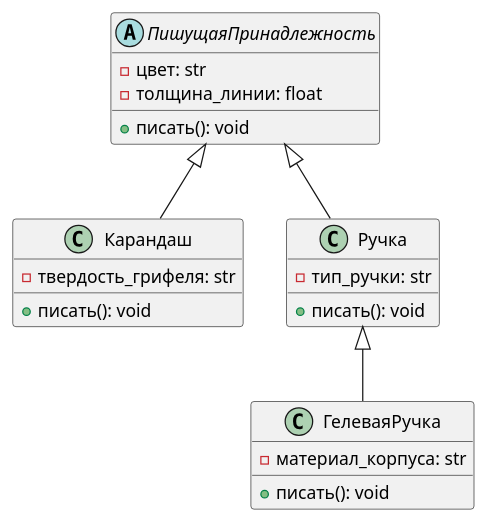
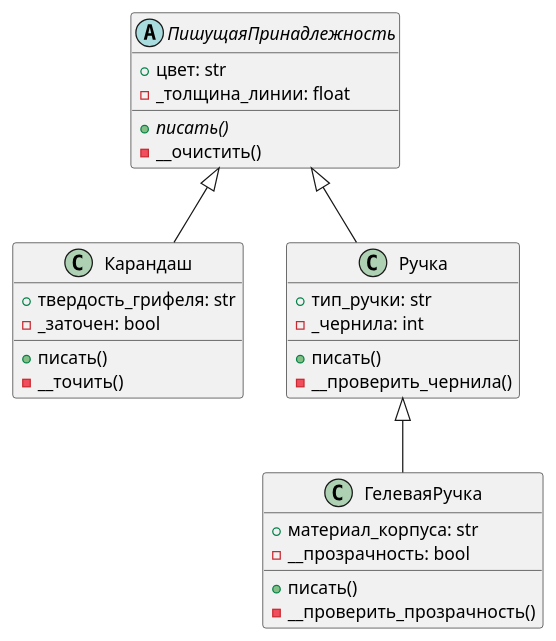
One commit to Pharrower/pizh2311_Aldabaeva changed the diagram in week_5/task_2/UML/uml.wsd. Above: the diagram before and after it, drawn with PlantUML. The commit also changed 4 other files, not shown here.

```diff
--- a/week_5/task_2/UML/uml.wsd
+++ b/week_5/task_2/UML/uml.wsd
@@ -1,32 +1,33 @@
 @startuml
-' Определение абстрактного класса
 abstract class ПишущаяПринадлежность {
-    - цвет: str
-    - толщина_линии: float
-    + писать(): void
+    +цвет: str
+    -_толщина_линии: float
+    +{abstract} писать()
+    -__очистить()
 }
 
-' Класс Карандаш наследует от ПишущаяПринадлежность
 class Карандаш {
-    - твердость_грифеля: str
-    + писать(): void
+    +твердость_грифеля: str
+    -_заточен: bool
+    +писать()
+    -__точить()
 }
 
-' Класс Ручка наследует от ПишущаяПринадлежность
 class Ручка {
-    - тип_ручки: str
-    + писать(): void
+    +тип_ручки: str
+    -_чернила: int
+    +писать()
+    -__проверить_чернила()
 }
 
-' Класс ГелеваяРучка наследует от Ручка
 class ГелеваяРучка {
-    - материал_корпуса: str
-    + писать(): void
+    +материал_корпуса: str
+    -__прозрачность: bool
+    +писать()
+    -__проверить_прозрачность()
 }
 
-' Наследование
 ПишущаяПринадлежность <|-- Карандаш
 ПишущаяПринадлежность <|-- Ручка
 Ручка <|-- ГелеваяРучка
-
 @enduml
```
